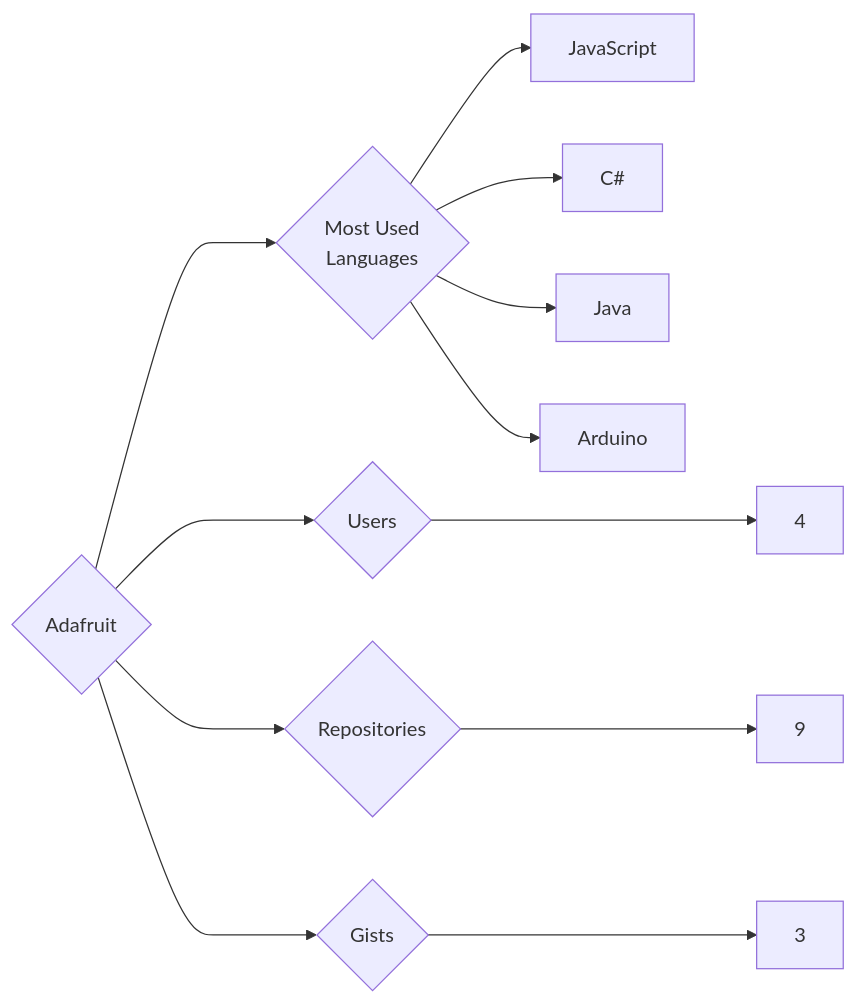
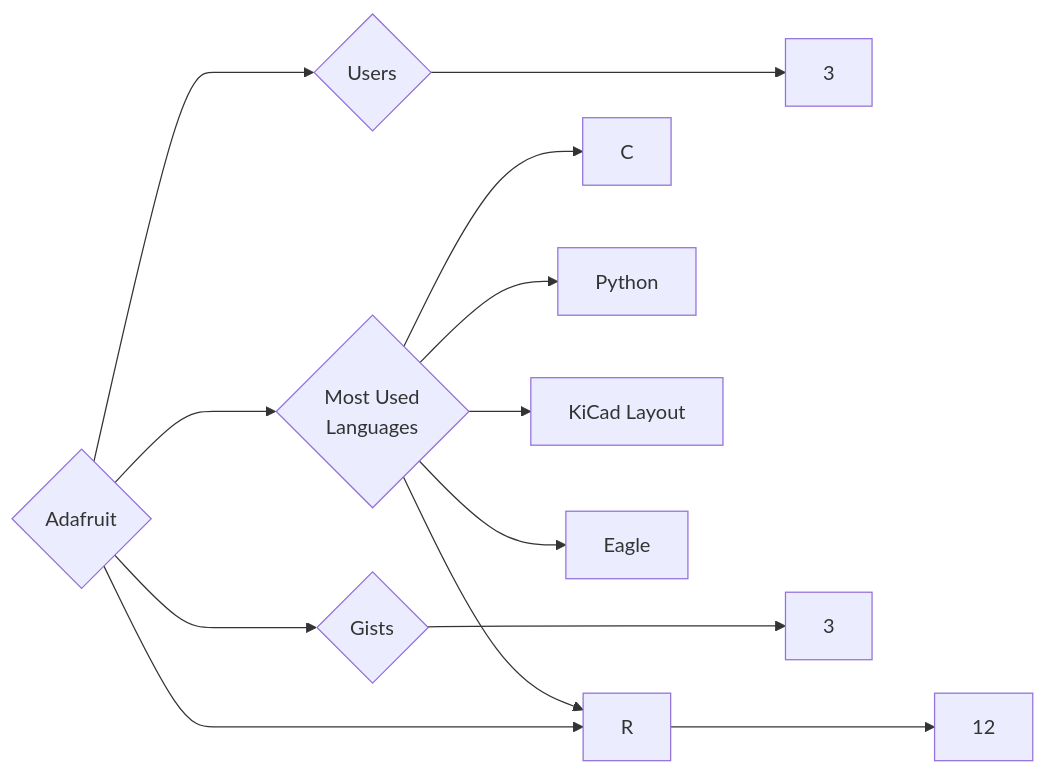
One commit to trickest/insiders changed the diagram in targets/Adafruit/README.md. Above: the diagram before and after it, drawn with Mermaid. The commit also changed 840 other files, not shown here.

````diff
--- a/targets/Adafruit/README.md
+++ b/targets/Adafruit/README.md
@@ -3,12 +3,13 @@
 ```mermaid
 graph LR
 COMPANY_NAME{Adafruit}
-COMPANY_NAME ---> U{Users} ---> UN[4]
-COMPANY_NAME ---> R{Repositories} ---> RN[9]
+COMPANY_NAME ---> U{Users} ---> UN[3]
+COMPANY_NAME ---> R{Repositories} ---> RN[12]
 COMPANY_NAME ---> G{Gists} ---> GN[3]
 COMPANY_NAME ---> ML{Most Used<br>Languages}
-ML --> JavaScript[JavaScript]
-ML --> C#[C#]
-ML --> Java[Java]
-ML --> Arduino[Arduino]
+ML --> C[C]
+ML --> Python[Python]
+ML --> R[R]
+ML --> KiCad_Layout[KiCad Layout]
+ML --> Eagle[Eagle]
 ```
````
